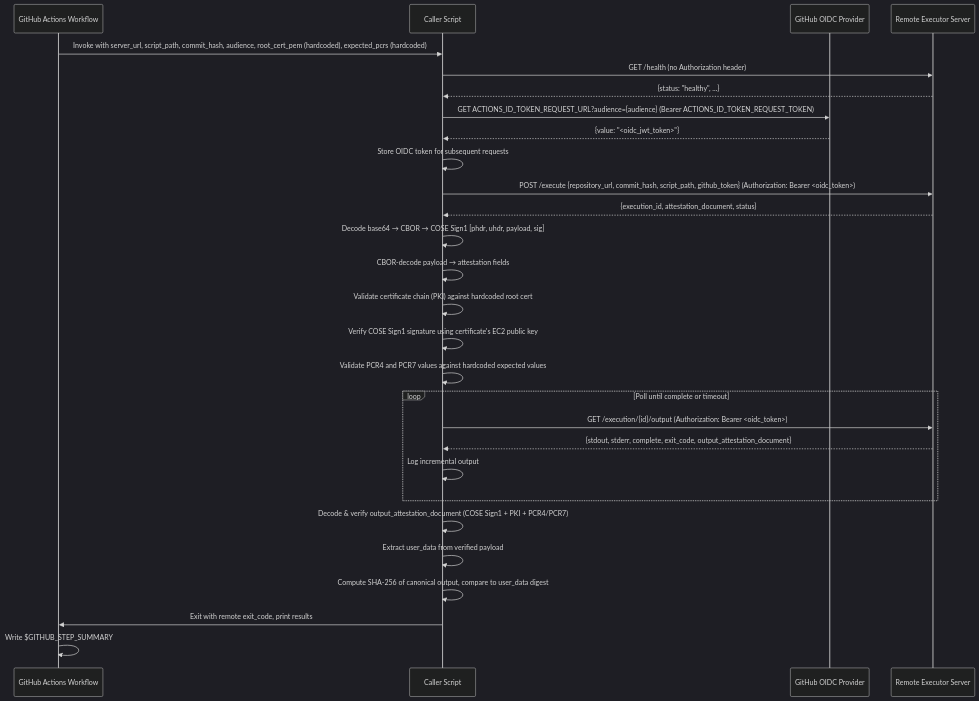
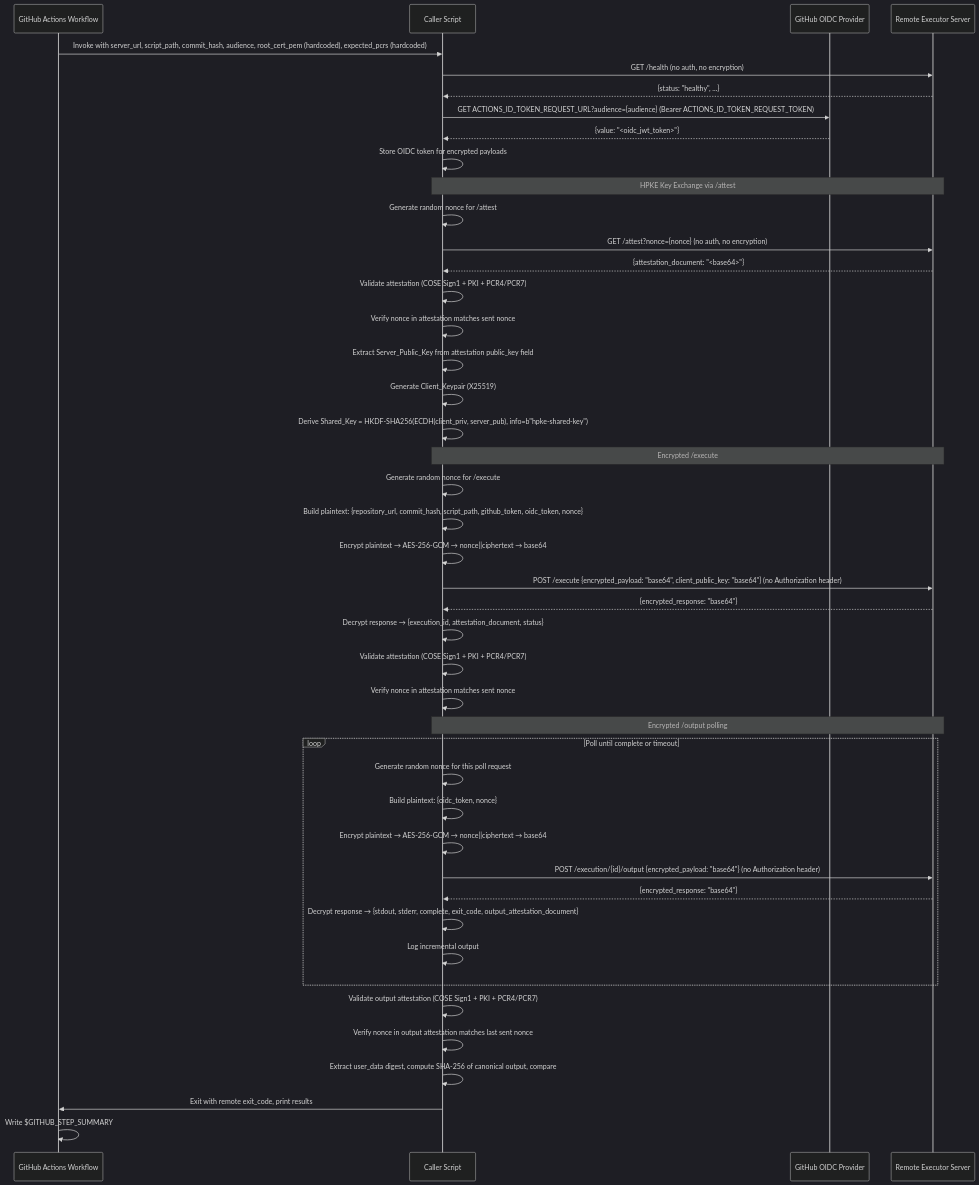
The diagram in .kiro/specs/gha-remote-executor-caller/design.md (richardfan1126/github-runner-ec2-attestation), drawn with Mermaid (dark theme) before and after one commit. The commit also changed other lines of this file and 2 other files, not shown here.

First line of the commit message:
spec: add HPKE encrypted communication to caller spec (Requirements 11-16)

````diff
--- a/.kiro/specs/gha-remote-executor-caller/design.md
+++ b/.kiro/specs/gha-remote-executor-caller/design.md
@@ -24,31 +29,53 @@
 ```mermaid
 sequenceDiagram
     participant GHA as GitHub Actions Workflow
     participant CS as Caller Script
     participant OIDC as GitHub OIDC Provider
     participant RE as Remote Executor Server
 
     GHA->>CS: Invoke with server_url, script_path, commit_hash, audience, root_cert_pem (hardcoded), expected_pcrs (hardcoded)
-    CS->>RE: GET /health (no Authorization header)
+
+    CS->>RE: GET /health (no auth, no encryption)
     RE-->>CS: {status: "healthy", ...}
+
     CS->>OIDC: GET ACTIONS_ID_TOKEN_REQUEST_URL?audience={audience} (Bearer ACTIONS_ID_TOKEN_REQUEST_TOKEN)
     OIDC-->>CS: {value: "<oidc_jwt_token>"}
-    CS->>CS: Store OIDC token for subsequent requests
-    CS->>RE: POST /execute {repository_url, commit_hash, script_path, github_token} (Authorization: Bearer <oidc_token>)
-    RE-->>CS: {execution_id, attestation_document, status}
-    CS->>CS: Decode base64 → CBOR → COSE Sign1 [phdr, uhdr, payload, sig]
-    CS->>CS: CBOR-decode payload → attestation fields
-    CS->>CS: Validate certificate chain (PKI) against hardcoded root cert
-    CS->>CS: Verify COSE Sign1 signature using certificate's EC2 public key
-    CS->>CS: Validate PCR4 and PCR7 values against hardcoded expected values
+    CS->>CS: Store OIDC token for encrypted payloads
+
+    Note over CS,RE: HPKE Key Exchange via /attest
+    CS->>CS: Generate random nonce for /attest
+    CS->>RE: GET /attest?nonce={nonce} (no auth, no encryption)
+    RE-->>CS: {attestation_document: "<base64>"}
+    CS->>CS: Validate attestation (COSE Sign1 + PKI + PCR4/PCR7)
+    CS->>CS: Verify nonce in attestation matches sent nonce
+    CS->>CS: Extract Server_Public_Key from attestation public_key field
+    CS->>CS: Generate Client_Keypair (X25519)
+    CS->>CS: Derive Shared_Key = HKDF-SHA256(ECDH(client_priv, server_pub), info=b"hpke-shared-key")
+
+    Note over CS,RE: Encrypted /execute
+    CS->>CS: Generate random nonce for /execute
+    CS->>CS: Build plaintext: {repository_url, commit_hash, script_path, github_token, oidc_token, nonce}
+    CS->>CS: Encrypt plaintext → AES-256-GCM → nonce||ciphertext → base64
+    CS->>RE: POST /execute {encrypted_payload: "base64", client_public_key: "base64"} (no Authorization header)
+    RE-->>CS: {encrypted_response: "base64"}
+    CS->>CS: Decrypt response → {execution_id, attestation_document, status}
+    CS->>CS: Validate attestation (COSE Sign1 + PKI + PCR4/PCR7)
+    CS->>CS: Verify nonce in attestation matches sent nonce
+
+    Note over CS,RE: Encrypted /output polling
     loop Poll until complete or timeout
-        CS->>RE: GET /execution/{id}/output (Authorization: Bearer <oidc_token>)
-        RE-->>CS: {stdout, stderr, complete, exit_code, output_attestation_document}
+        CS->>CS: Generate random nonce for this poll request
+        CS->>CS: Build plaintext: {oidc_token, nonce}
+        CS->>CS: Encrypt plaintext → AES-256-GCM → nonce||ciphertext → base64
+        CS->>RE: POST /execution/{id}/output {encrypted_payload: "base64"} (no Authorization header)
+        RE-->>CS: {encrypted_response: "base64"}
+        CS->>CS: Decrypt response → {stdout, stderr, complete, exit_code, output_attestation_document}
         CS->>CS: Log incremental output
     end
-    CS->>CS: Decode & verify output_attestation_document (COSE Sign1 + PKI + PCR4/PCR7)
-    CS->>CS: Extract user_data from verified payload
-    CS->>CS: Compute SHA-256 of canonical output, compare to user_data digest
+
+    CS->>CS: Validate output attestation (COSE Sign1 + PKI + PCR4/PCR7)
+    CS->>CS: Verify nonce in output attestation matches last sent nonce
+    CS->>CS: Extract user_data digest, compute SHA-256 of canonical output, compare
     CS->>GHA: Exit with remote exit_code, print results
     GHA->>GHA: Write $GITHUB_STEP_SUMMARY
 ```
````
